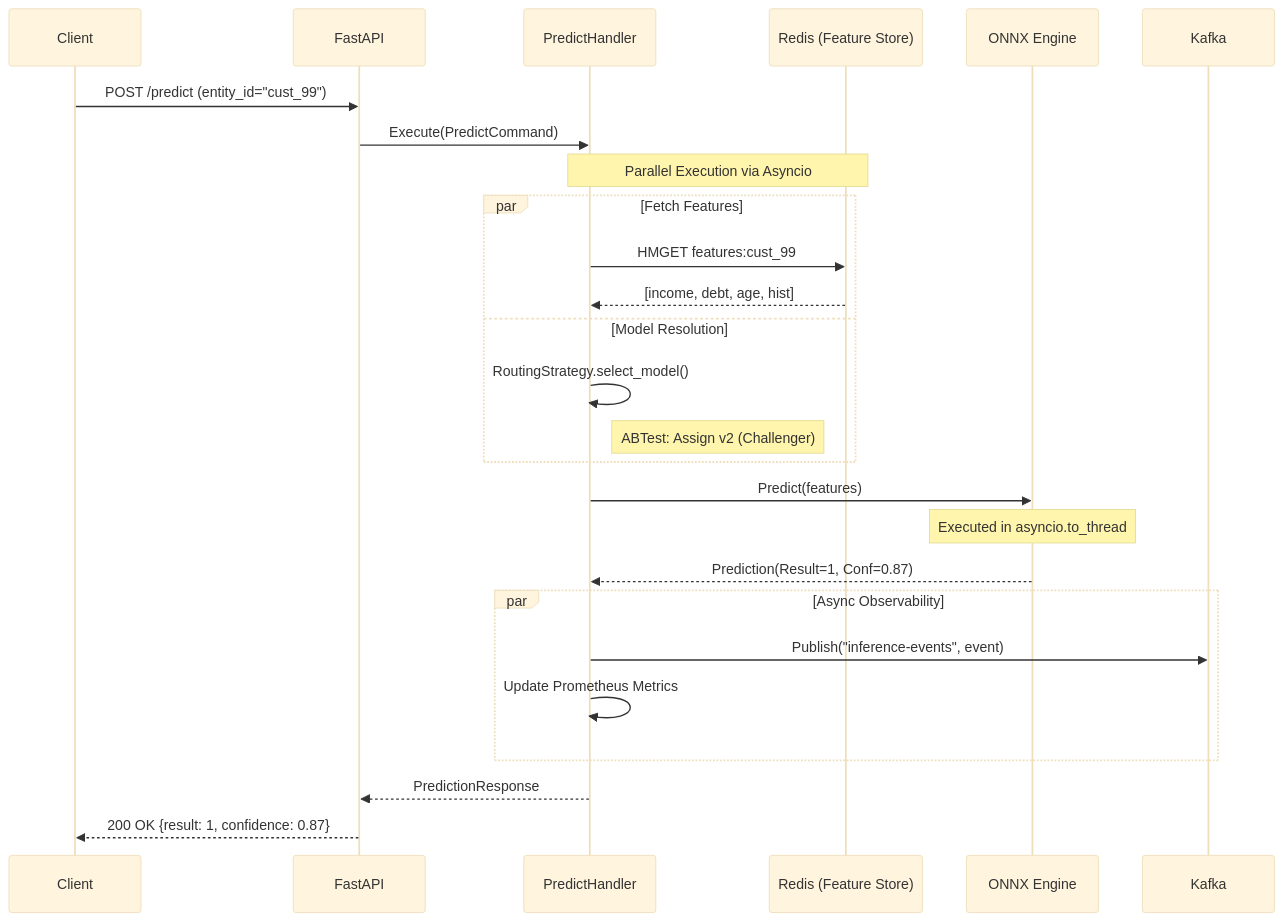
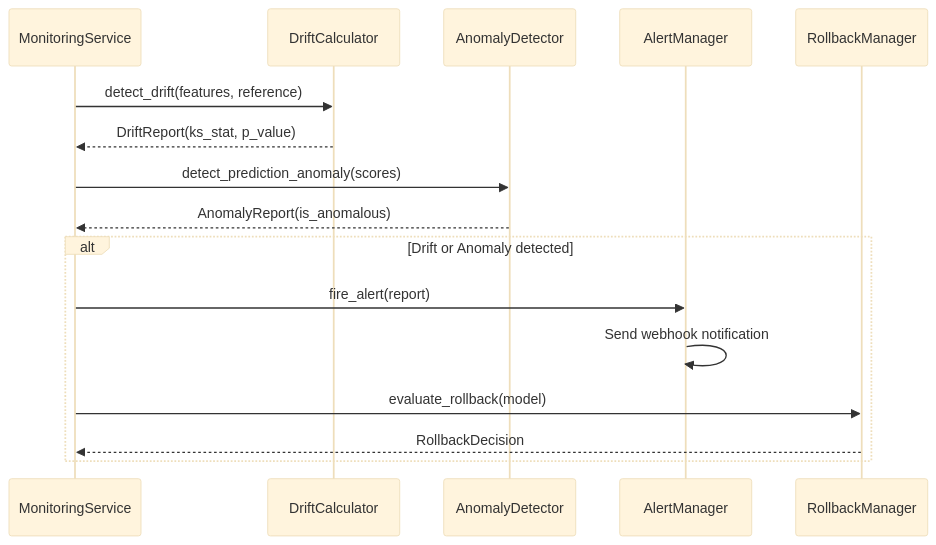
The second of 2 diagrams in docs/architecture/system-design.md (vtnguyen04/phoenix_ML), drawn with Mermaid (base theme) before and after one commit. The commit also changed other lines of this file and 50 other files, not shown here.

Commit message:
Complete Phase 1 and Phase 2 implementations for inference engines and feature store

````diff
--- a/docs/architecture/system-design.md
+++ b/docs/architecture/system-design.md
@@ -45,33 +121,21 @@
 ```mermaid
 sequenceDiagram
-    participant C as Client
-    participant API as FastAPI
-    participant H as PredictHandler
-    participant R as Redis (Feature Store)
-    participant E as ONNX Engine
-    participant K as Kafka
+    participant Mon as MonitoringService
+    participant Drift as DriftCalculator
+    participant Anomaly as AnomalyDetector
+    participant Alert as AlertManager
+    participant Rollback as RollbackManager
 
-    C->>API: POST /predict (entity_id="cust_99")
-    API->>H: Execute(PredictCommand)
-    
-    Note over H,R: Parallel Execution via Asyncio
-    par Fetch Features
-        H->>R: HMGET features:cust_99
-        R-->>H: [income, debt, age, hist]
-    and Model Resolution
-        H->>H: RoutingStrategy.select_model()
-        Note right of H: ABTest: Assign v2 (Challenger)
+    Mon->>Drift: detect_drift(features, reference)
+    Drift-->>Mon: DriftReport(ks_stat, p_value)
+
+    Mon->>Anomaly: detect_prediction_anomaly(scores)
+    Anomaly-->>Mon: AnomalyReport(is_anomalous)
+
+    alt Drift or Anomaly detected
+        Mon->>Alert: fire_alert(report)
+        Alert->>Alert: Send webhook notification
+        Mon->>Rollback: evaluate_rollback(model)
+        Rollback-->>Mon: RollbackDecision
     end
-    
-    H->>E: Predict(features)
-    Note over E: Executed in asyncio.to_thread
-    E-->>H: Prediction(Result=1, Conf=0.87)
-    
-    par Async Observability
-        H->>K: Publish("inference-events", event)
-        H->>H: Update Prometheus Metrics
-    end
-    
-    H-->>API: PredictionResponse
-    API-->>C: 200 OK {result: 1, confidence: 0.87}
 ```
````
